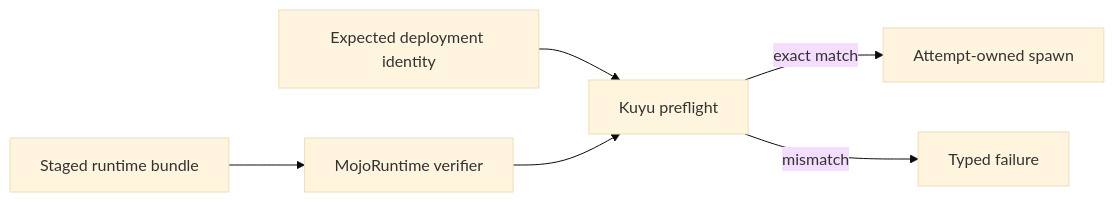
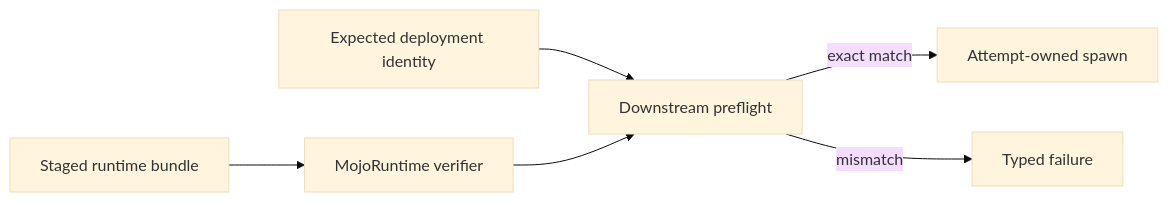
Before and after one commit to 1amageek/swift-mojo: the diagram in docs/ADR-0012-PUBLIC-RUNTIME-VERIFICATION.md, drawn with Mermaid (base theme). The commit also changed other lines of this file and 24 other files, not shown here.

````diff
--- a/docs/ADR-0012-PUBLIC-RUNTIME-VERIFICATION.md
+++ b/docs/ADR-0012-PUBLIC-RUNTIME-VERIFICATION.md
@@ -40,8 +40,8 @@
 ```mermaid
 flowchart LR
-    E["Expected deployment identity"] --> K["Kuyu preflight"]
+    E["Expected deployment identity"] --> K["Downstream preflight"]
     B["Staged runtime bundle"] --> V["MojoRuntime verifier"]
     V --> K
     K -->|exact match| S["Attempt-owned spawn"]
     K -->|mismatch| F["Typed failure"]
 ```
````
